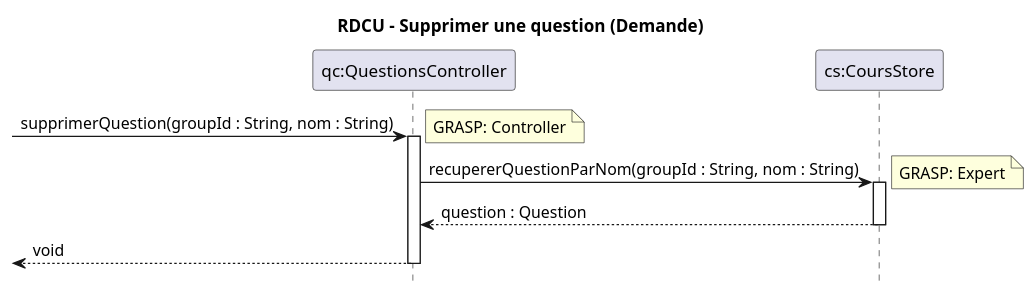
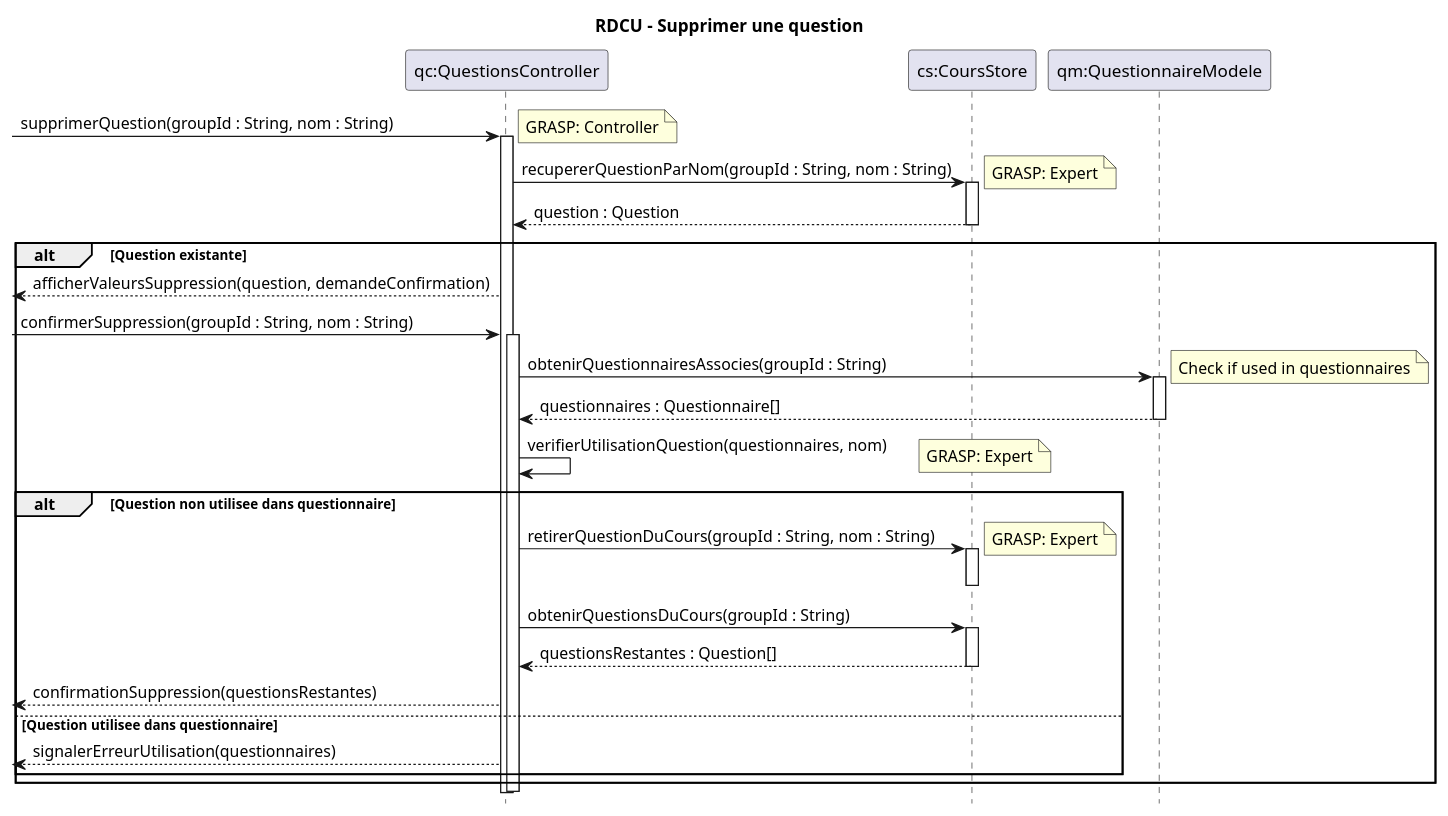
Before and after one commit to xMrYahya/moodle-clone: the diagram in docs/modeles/cu02/rdcu-supprimer-question.puml, drawn with PlantUML. The commit also changed other lines of this file and 1 other file, not shown here.

Commit message:
Mise à jour des RDCU Modifier et Supprimer Question

```diff
--- a/docs/modeles/cu02/rdcu-supprimer-question.puml
+++ b/docs/modeles/cu02/rdcu-supprimer-question.puml
@@ -1,22 +1,53 @@
 @startuml
 hide footbox
-title RDCU – Supprimer une question (Demande)
+title RDCU – Supprimer une question
 
 participant "qc:QuestionsController" as QC
 participant "cs:CoursStore" as CS
+participant "qm:QuestionnaireModele" as QM
 
 -> QC : supprimerQuestion(groupId : String, nom : String)
 note right: GRASP: Controller
 activate QC
 
 QC -> CS : recupererQuestionParNom(groupId : String, nom : String)
 note right: GRASP: Expert
 activate CS
 CS --> QC : question : Question
 deactivate CS
 
-<-- QC : void
+alt Question existante
+  <-- QC : afficherValeursSuppression(question, demandeConfirmation)
+  
+  -> QC : confirmerSuppression(groupId : String, nom : String)
+  activate QC
+  
+  QC -> QM : obtenirQuestionnairesAssocies(groupId : String)
+  note right: Check if used in questionnaires
+  activate QM
+  QM --> QC : questionnaires : Questionnaire[]
+  deactivate QM
+  
+  QC -> QC : verifierUtilisationQuestion(questionnaires, nom)
+  note right: GRASP: Expert
+  
+  alt Question non utilisee dans questionnaire
+    QC -> CS : retirerQuestionDuCours(groupId : String, nom : String)
+    note right: GRASP: Expert
+    activate CS
+    deactivate CS
+    
+    QC -> CS : obtenirQuestionsDuCours(groupId : String)
+    activate CS
+    CS --> QC : questionsRestantes : Question[]
+    deactivate CS
+    
+    <-- QC : confirmationSuppression(questionsRestantes)
+  else Question utilisee dans questionnaire
+    <-- QC : signalerErreurUtilisation(questionnaires)
+  end
+end
 
 deactivate QC
 
 @enduml
```
